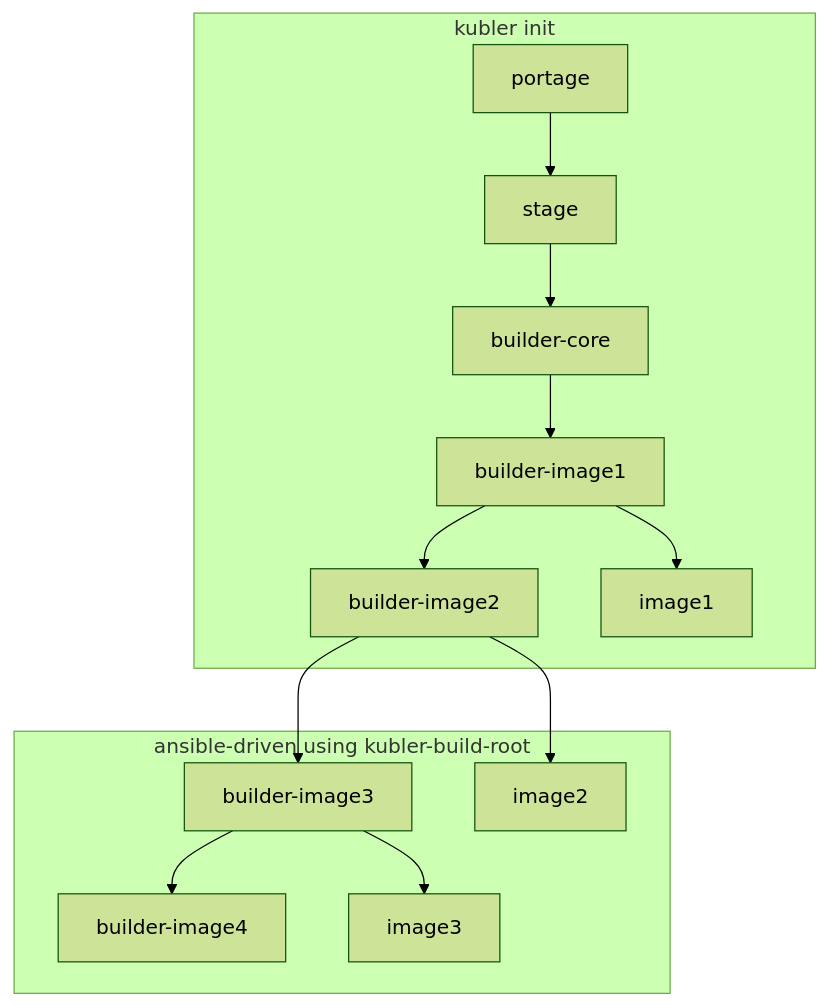
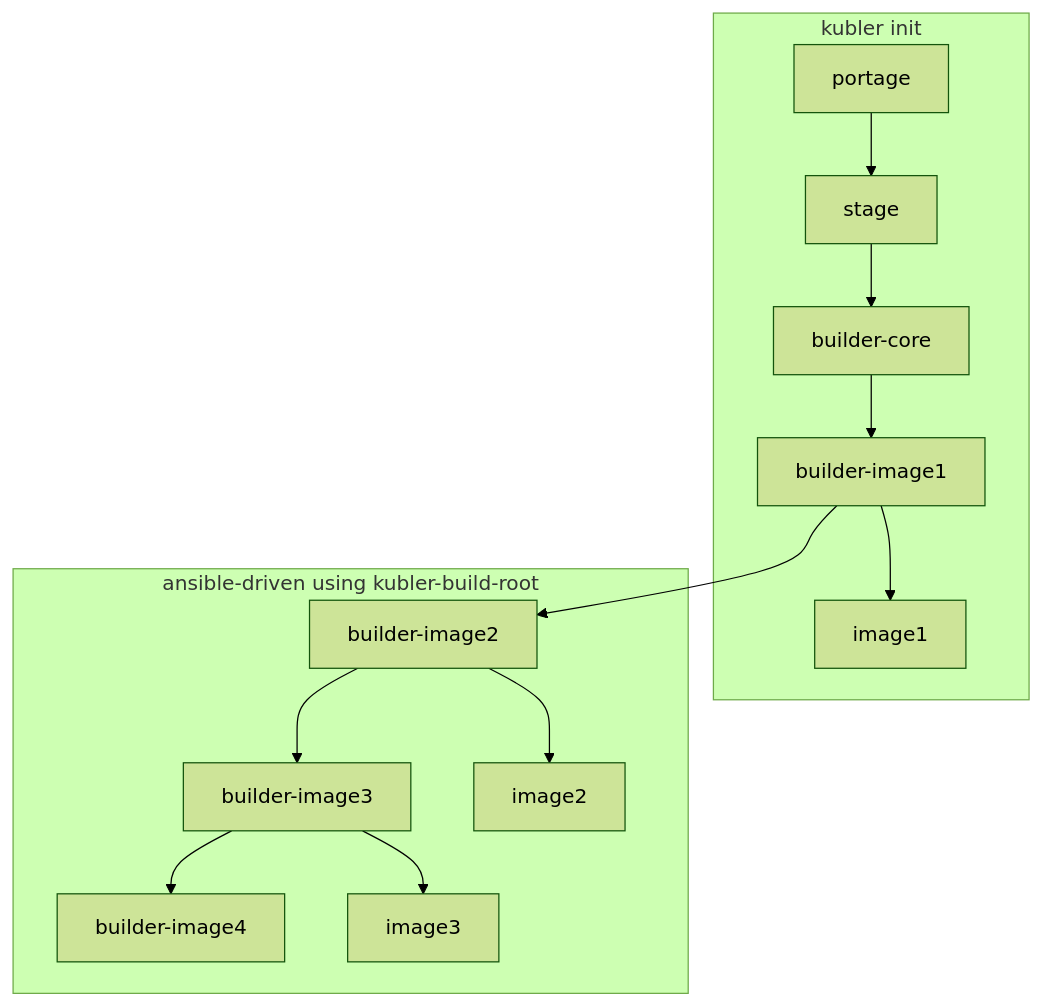
The diagram in ansible/kubler.md (cainam/home-cluster-deployment), drawn with Mermaid (forest theme) before and after one commit. The commit also changed other lines of this file, not shown here.

````diff
--- a/ansible/kubler.md
+++ b/ansible/kubler.md
@@ -8,16 +8,16 @@
 ```mermaid
 flowchart TD; 
  subgraph kubler init
   portage-->stage;
   stage-->builder-core;
   builder-core-->builder-image1;
-  builder-image1-->builder-image2
   builder-image1-->image1;
   end
  subgraph ansible-driven using kubler-build-root
+  builder-image1-->builder-image2
   builder-image2-->builder-image3
   builder-image2-->image2
   builder-image3-->builder-image4
   builder-image3-->image3
  end
 ```
````
